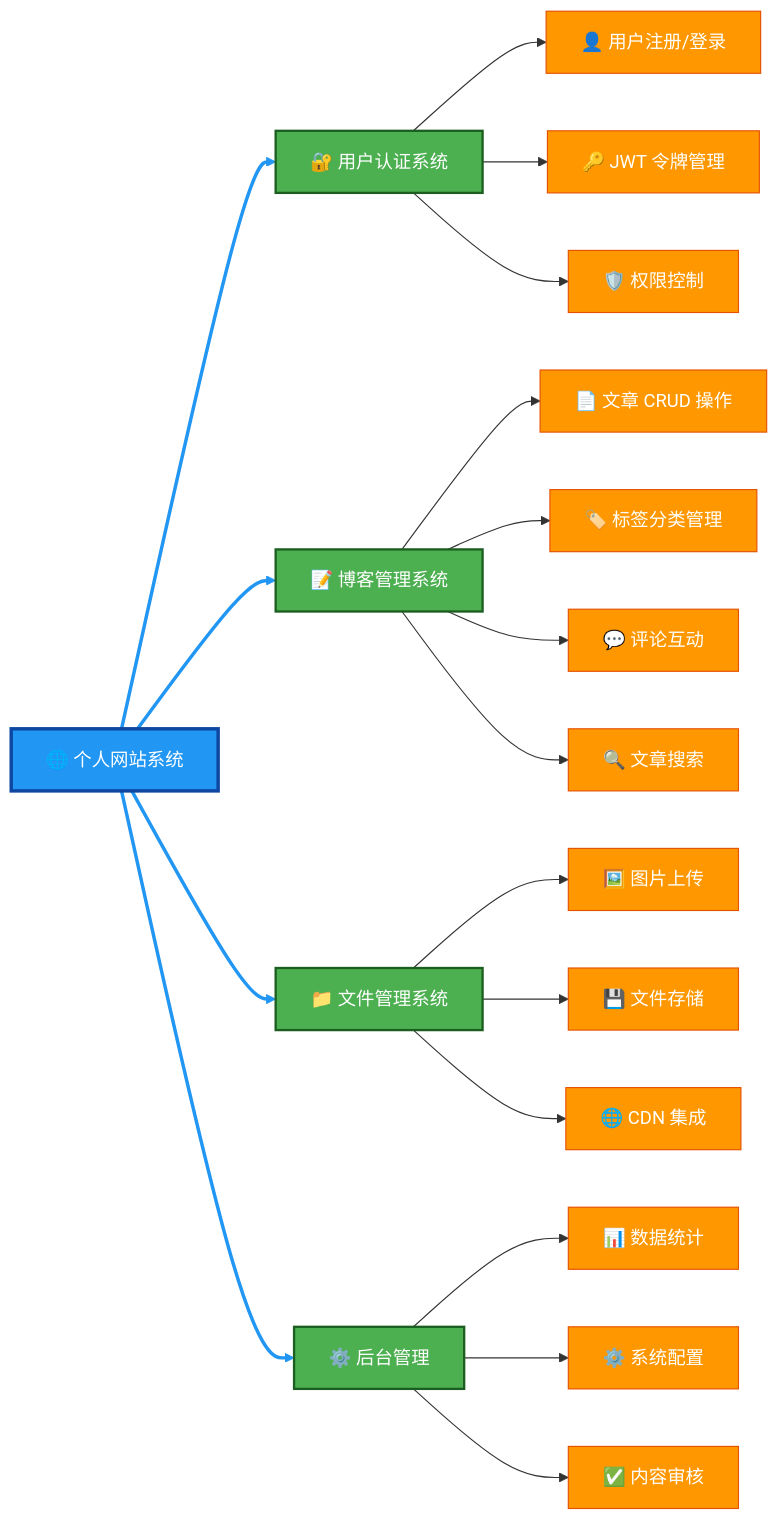
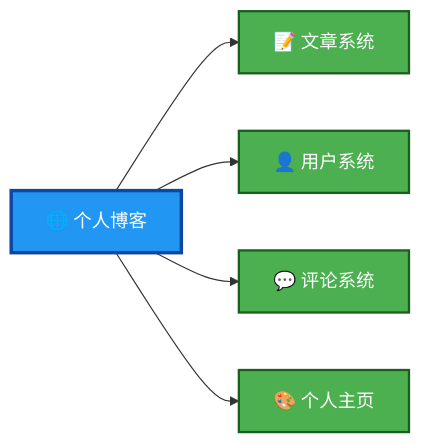
The second of 3 diagrams in docs/fullstack-course/1.md (ECUSTCIC-CodeHub/Dev-Voyage), drawn with Mermaid before and after one commit. The commit also changed other lines of this file, not shown here.

````diff
--- a/docs/fullstack-course/1.md
+++ b/docs/fullstack-course/1.md
@@ -152,69 +62,16 @@
 ```mermaid
 graph LR
-    %% 定义样式
     classDef main fill:#2196f3,stroke:#0d47a1,stroke-width:3px,color:#fff
     classDef module fill:#4caf50,stroke:#1b5e20,stroke-width:2px,color:#fff
-    classDef function fill:#ff9800,stroke:#e65100,stroke-width:1px,color:#fff
 
-    %% 主系统
-    A[🌐 个人网站系统]:::main
+    A[🌐 个人博客]:::main
+    B[📝 文章系统]:::module
+    C[👤 用户系统]:::module
+    D[💬 评论系统]:::module
+    E[🎨 个人主页]:::module
 
-    %% 子系统
-    B[🔐 用户认证系统]:::module
-    C[📝 博客管理系统]:::module
-    D[📁 文件管理系统]:::module
-    E[⚙️ 后台管理]:::module
-
-    %% 用户认证功能
-    B1[👤 用户注册/登录]:::function
-    B2[🔑 JWT 令牌管理]:::function
-    B3[🛡️ 权限控制]:::function
-
-    %% 博客管理功能
-    C1[📄 文章 CRUD 操作]:::function
-    C2[🏷️ 标签分类管理]:::function
-    C3[💬 评论互动]:::function
-    C4[🔍 文章搜索]:::function
-
-    %% 文件管理功能
-    D1[🖼️ 图片上传]:::function
-    D2[💾 文件存储]:::function
-    D3[🌐 CDN 集成]:::function
-
-    %% 后台管理功能
-    E1[📊 数据统计]:::function
-    E2[⚙️ 系统配置]:::function
-    E3[✅ 内容审核]:::function
-
-    %% 连接关系
     A --> B
     A --> C
     A --> D
     A --> E
-
-    B --> B1
-    B --> B2
-    B --> B3
-
-    C --> C1
-    C --> C2
-    C --> C3
-    C --> C4
-
-    D --> D1
-    D --> D2
-    D --> D3
-
-    E --> E1
-    E --> E2
-    E --> E3
-
-    %% 添加样式说明
-    linkStyle 0 stroke:#2196f3,stroke-width:3px
-    linkStyle 1 stroke:#2196f3,stroke-width:3px
-    linkStyle 2 stroke:#2196f3,stroke-width:3px
-    linkStyle 3 stroke:#2196f3,stroke-width:3px
-
-    %% 添加背景
-    style A fill:#2196f3,stroke:#0d47a1,stroke-width:3px,color:#fff
 ```
````
